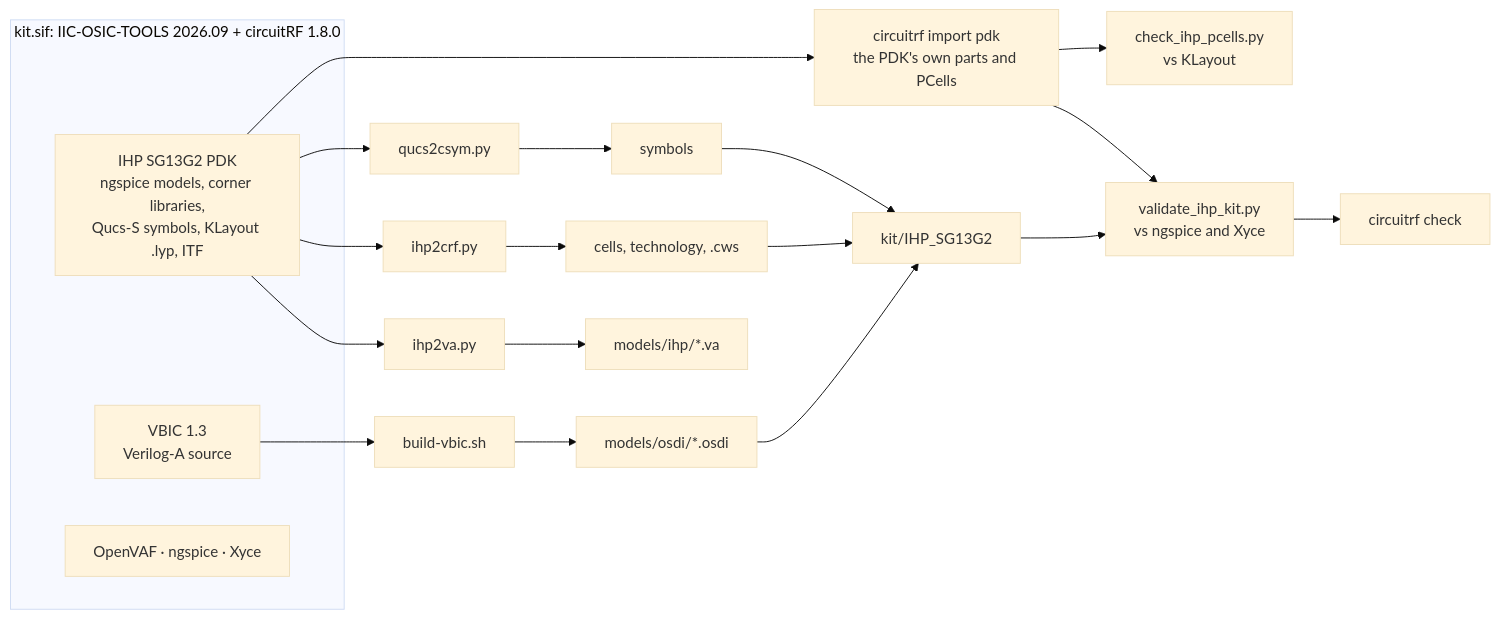
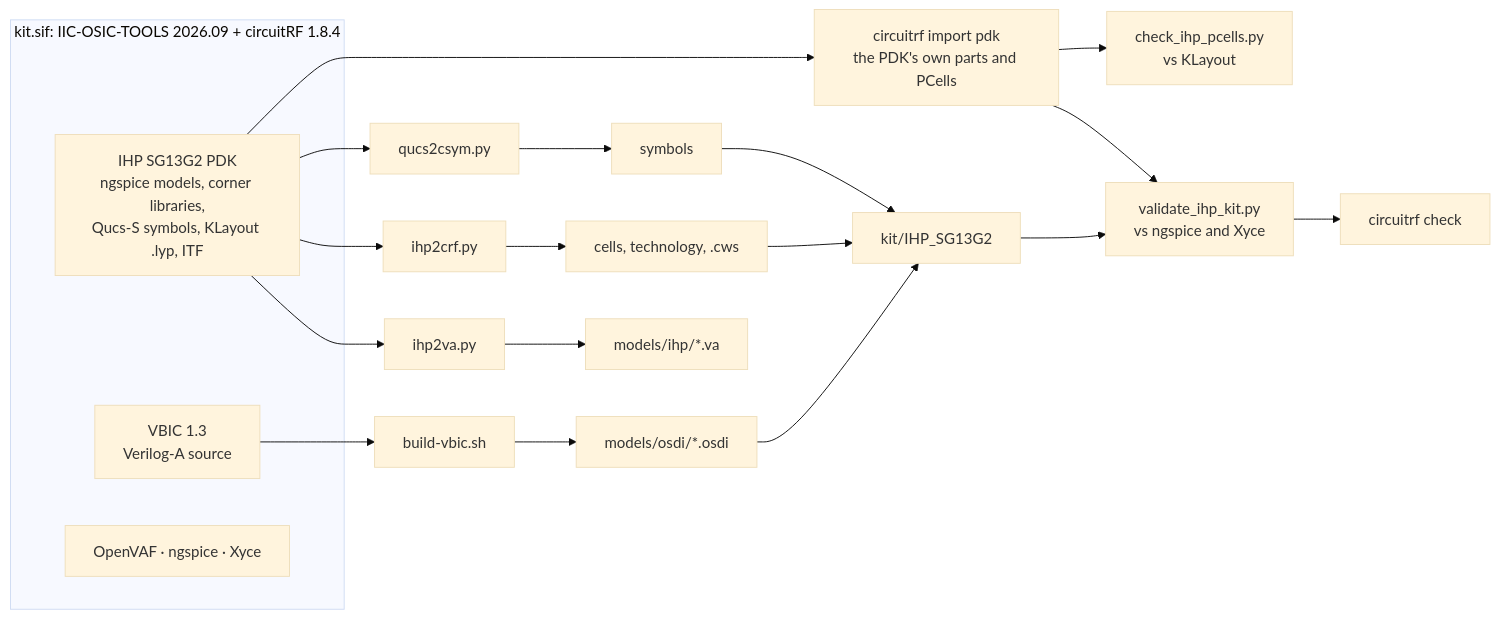
The diagram in README.md (aissus/circuitRF-IHP-SG13G2-PDK), drawn with Mermaid (base theme) before and after one commit. The commit also changed other lines of this file and 7 other files, not shown here.

First line of the commit message:
circuitRF 1.8.4 in the image and as the stated minimum

````diff
--- a/README.md
+++ b/README.md
@@ -223,16 +226,16 @@
 ```mermaid
 flowchart LR
-    subgraph image["kit.sif: IIC-OSIC-TOOLS 2026.09 + circuitRF 1.8.0"]
+    subgraph image["kit.sif: IIC-OSIC-TOOLS 2026.09 + circuitRF 1.8.4"]
         PDK["IHP SG13G2 PDK<br/>ngspice models, corner libraries,<br/>Qucs-S symbols, KLayout .lyp, ITF"]
         VA["VBIC 1.3<br/>Verilog-A source"]
         TOOLS["OpenVAF · ngspice · Xyce"]
     end
     PDK --> V["ihp2va.py"] --> PF["models/ihp/*.va"]
     PDK --> C["ihp2crf.py"] --> CELLS["cells, technology, .cws"]
     PDK --> Q["qucs2csym.py"] --> SYM["symbols"]
     VA --> B["build-vbic.sh"] --> OSDI["models/osdi/*.osdi"]
     CELLS & SYM & OSDI --> KIT["kit/IHP_SG13G2"]
     PDK --> IMP["circuitrf import pdk<br/>the PDK's own parts and PCells"]
     KIT & IMP --> VAL["validate_ihp_kit.py<br/>vs ngspice and Xyce"] --> CHK["circuitrf check"]
     IMP --> PC["check_ihp_pcells.py<br/>vs KLayout"]
 ```
````
